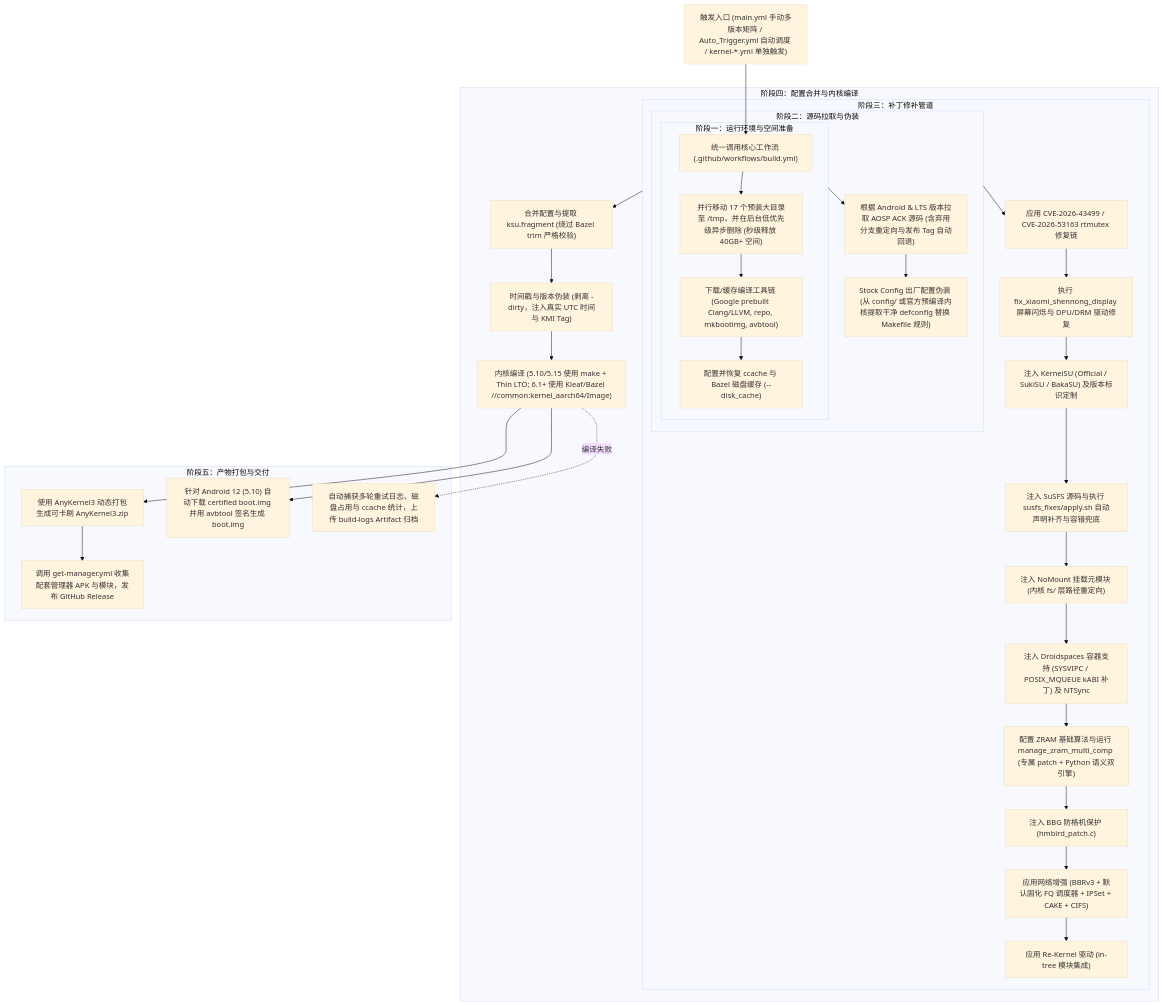
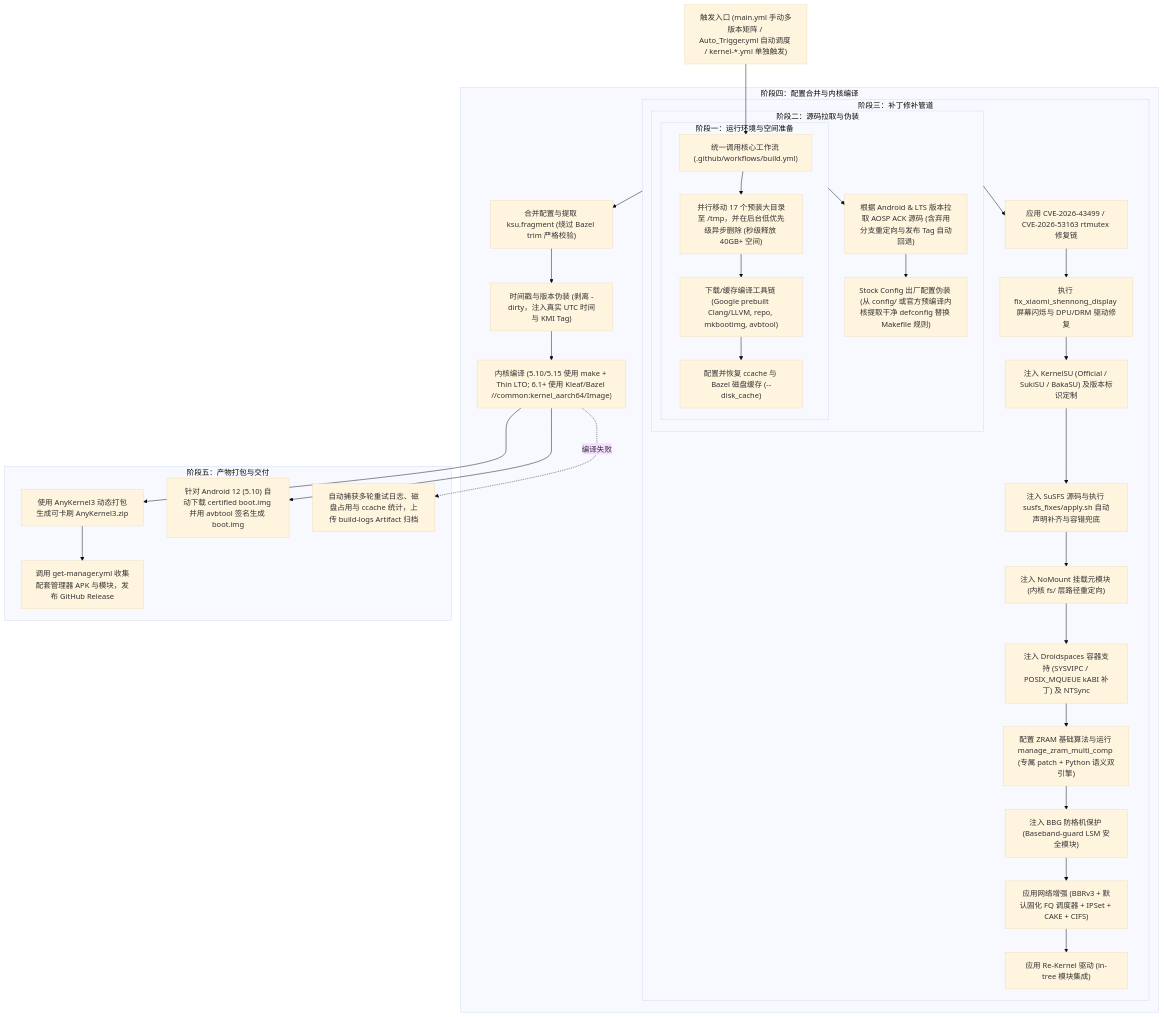
Before and after one commit to Aut520/GKI_KernelSU_SUSFS: the diagram in README.md, drawn with Mermaid (base theme). The commit also changed other lines of this file and 14 other files, not shown here.

````diff
--- a/README.md
+++ b/README.md
@@ -93,41 +94,41 @@
 ```mermaid
 flowchart TD
     Trigger["触发入口 (main.yml 手动多版本矩阵 / Auto_Trigger.yml 自动调度 / kernel-*.yml 单独触发)"] --> Call["统一调用核心工作流 (.github/workflows/build.yml)"]
     
     subgraph S1 ["阶段一：运行环境与空间准备"]
         Call --> DiskClean["并行移动 17 个预装大目录至 /tmp，并在后台低优先级异步删除 (秒级释放 40GB+ 空间)"]
         DiskClean --> ToolSetup["下载/缓存编译工具链 (Google prebuilt Clang/LLVM, repo, mkbootimg, avbtool)"]
         ToolSetup --> CcacheSetup["配置并恢复 ccache 与 Bazel 磁盘缓存 (--disk_cache)"]
     end
 
     subgraph S2 ["阶段二：源码拉取与伪装"]
         S1 --> RepoSync["根据 Android & LTS 版本拉取 AOSP ACK 源码 (含弃用分支重定向与发布 Tag 自动回退)"]
         RepoSync --> StockConfig["Stock Config 出厂配置伪装 (从 config/ 或官方预编译内核提取干净 defconfig 替换 Makefile 规则)"]
     end
 
     subgraph S3 ["阶段三：补丁修补管道"]
         S2 --> P1["应用 CVE-2026-43499 / CVE-2026-53163 rtmutex 修复链"]
         P1 --> P2["执行 fix_xiaomi_shennong_display 屏幕闪烁与 DPU/DRM 驱动修复"]
         P2 --> P3["注入 KernelSU (Official / SukiSU / BakaSU) 及版本标识定制"]
         P3 --> P4["注入 SuSFS 源码与执行 susfs_fixes/apply.sh 自动声明补齐与容错兜底"]
         P4 --> P5["注入 NoMount 挂载元模块 (内核 fs/ 层路径重定向)"]
         P5 --> P6["注入 Droidspaces 容器支持 (SYSVIPC / POSIX_MQUEUE kABI 补丁) 及 NTSync"]
         P6 --> P7["配置 ZRAM 基础算法与运行 manage_zram_multi_comp (专属 patch + Python 语义双引擎)"]
-        P7 --> P8["注入 BBG 防格机保护 (hmbird_patch.c)"]
+        P7 --> P8["注入 BBG 防格机保护 (Baseband-guard LSM 安全模块)"]
         P8 --> P9["应用网络增强 (BBRv3 + 默认固化 FQ 调度器 + IPSet + CAKE + CIFS)"]
         P9 --> P10["应用 Re-Kernel 驱动 (in-tree 模块集成)"]
     end
 
     subgraph S4 ["阶段四：配置合并与内核编译"]
         S3 --> KconfigMerge["合并配置与提取 ksu.fragment (绕过 Bazel trim 严格校验)"]
         KconfigMerge --> SetVersion["时间戳与版本伪装 (剥离 -dirty，注入真实 UTC 时间与 KMI Tag)"]
         SetVersion --> Compile["内核编译 (5.10/5.15 使用 make + Thin LTO; 6.1+ 使用 Kleaf/Bazel //common:kernel_aarch64/Image)"]
     end
 
     subgraph S5 ["阶段五：产物打包与交付"]
         Compile --> PackageAK3["使用 AnyKernel3 动态打包生成可卡刷 AnyKernel3.zip"]
         Compile --> BuildBoot["针对 Android 12 (5.10) 自动下载 certified boot.img 并用 avbtool 签名生成 boot.img"]
         PackageAK3 --> PublishRelease["调用 get-manager.yml 收集配套管理器 APK 与模块，发布 GitHub Release"]
         Compile -.->|编译失败| FailLog["自动捕获多轮重试日志、磁盘占用与 ccache 统计，上传 build-logs Artifact 归档"]
     end
 ```
````
